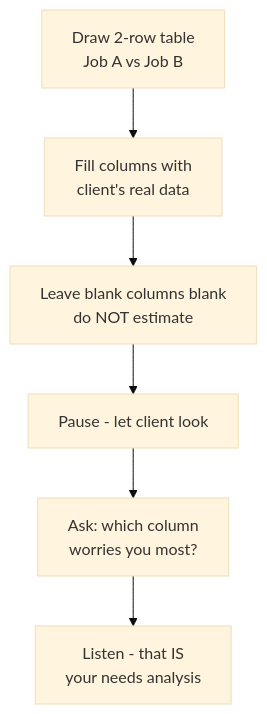
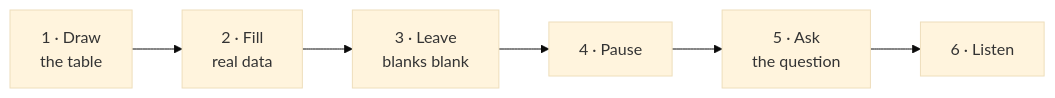
Before and after one commit to leotansingapore/aia-product-compass-hub: the diagram in docs/first-60-days/week-3/day-13.md, drawn with Mermaid (base theme). The commit also changed 2 other files, not shown here.

Commit message:
Week 3 and Week 4 charts now flow horizontally with shorter labels (Job A/B steps, Human-Capital cycle, 5-phase meeting structure)

````diff
--- a/docs/first-60-days/week-3/day-13.md
+++ b/docs/first-60-days/week-3/day-13.md
@@ -112,10 +112,4 @@
 ```mermaid
-flowchart TD
-    S1["Draw 2-row table<br/>Job A vs Job B"]
-    S2["Fill columns with<br/>client's real data"]
-    S3["Leave blank columns blank<br/>do NOT estimate"]
-    S4["Pause - let client look"]
-    S5["Ask: which column<br/>worries you most?"]
-    S6["Listen - that IS<br/>your needs analysis"]
-    S1 --> S2 --> S3 --> S4 --> S5 --> S6
+flowchart LR
+    S1["1 · Draw<br/>the table"] --> S2["2 · Fill<br/>real data"] --> S3["3 · Leave<br/>blanks blank"] --> S4["4 · Pause"] --> S5["5 · Ask<br/>the question"] --> S6["6 · Listen"]
 ```
````
